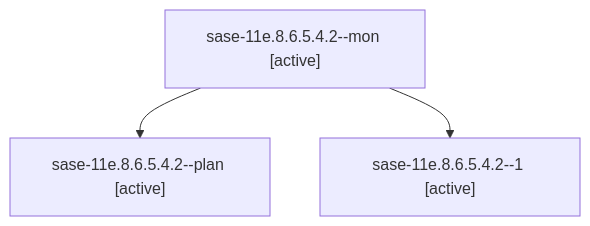
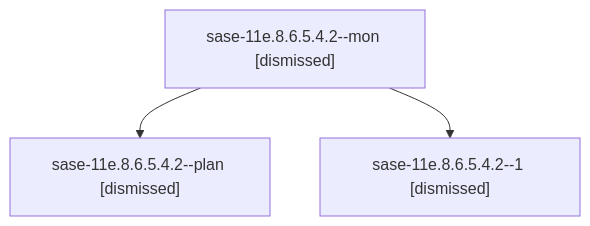
One commit to sase-org/sase--agents changed the diagram in sessions/bbugyi200.athena.sase-11e.8.6.5.4.2.md. Above: the diagram before and after it, drawn with Mermaid. The commit also changed other lines of this file and 199 other files, not shown here.

````diff
--- a/sessions/bbugyi200.athena.sase-11e.8.6.5.4.2.md
+++ b/sessions/bbugyi200.athena.sase-11e.8.6.5.4.2.md
@@ -9,8 +9,8 @@
 ```mermaid
 flowchart TD
-  n0["sase-11e.8.6.5.4.2--mon [active]"]
-  n1["sase-11e.8.6.5.4.2--plan [active]"]
+  n0["sase-11e.8.6.5.4.2--mon [dismissed]"]
+  n1["sase-11e.8.6.5.4.2--plan [dismissed]"]
   n0 --> n1
-  n2["sase-11e.8.6.5.4.2--1 [active]"]
+  n2["sase-11e.8.6.5.4.2--1 [dismissed]"]
   n0 --> n2
 ```
````
